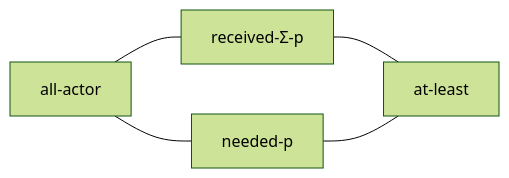
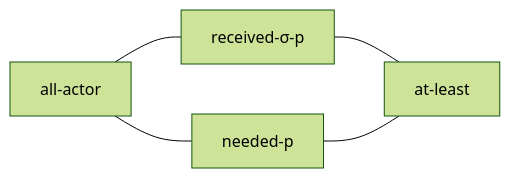
The second of 3 diagrams in docs/README.md (julianmendez/tiles), drawn with Mermaid (forest theme) before and after one commit. The commit also changed other lines of this file, not shown here.

````diff
--- a/docs/README.md
+++ b/docs/README.md
@@ -55,7 +55,7 @@
 ```mermaid
 graph LR;
-all-actor --- received-Σ-p;
+all-actor --- received-σ-p;
 all-actor --- needed-p;
-received-Σ-p --- at-least;
+received-σ-p --- at-least;
 needed-p ---  at-least;
 ```
````
